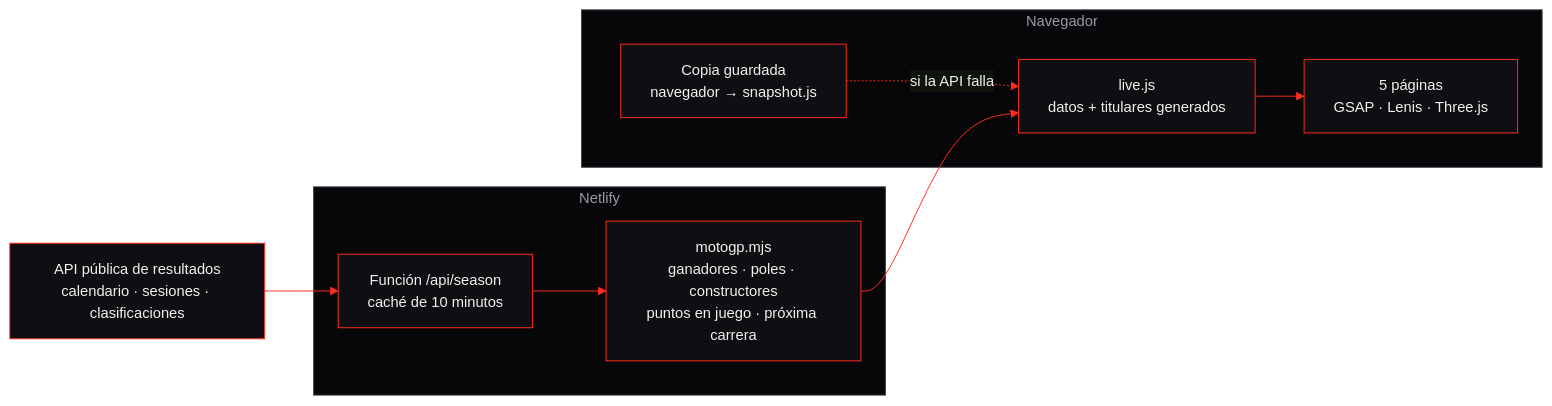
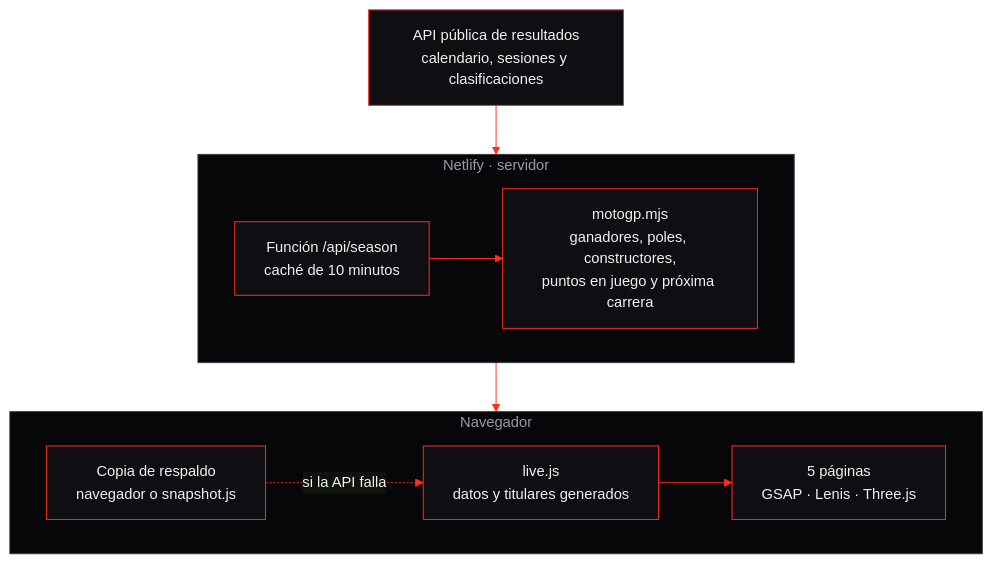
One commit to cristian-corroto/redline-26 changed the diagram in README.md. Above: the diagram before and after it, drawn with Mermaid.

Commit message:
README: diagrama vertical e insignias

````diff
--- a/README.md
+++ b/README.md
@@ -71,17 +71,18 @@
 ```mermaid
 %%{init: {"theme": "base", "themeVariables": {"primaryColor": "#0E0E13", "primaryTextColor": "#F4F1EC", "primaryBorderColor": "#FF2D1F", "lineColor": "#FF2D1F", "clusterBkg": "#07070A", "clusterBorder": "#3A3A44", "titleColor": "#9A9AA6", "fontSize": "15px"}}}%%
-flowchart LR
-    API["API pública de resultados<br/>calendario · sesiones · clasificaciones"]
+flowchart TB
+    API["API pública de resultados<br/>calendario, sesiones y clasificaciones"]
 
-    subgraph Netlify["Netlify"]
-        Fn["Función /api/season<br/>caché de 10 minutos"] --> Calc["motogp.mjs<br/>ganadores · poles · constructores<br/>puntos en juego · próxima carrera"]
+    subgraph Netlify["Netlify · servidor"]
+        direction LR
+        Fn["Función /api/season<br/>caché de 10 minutos"] --> Calc["motogp.mjs<br/>ganadores, poles, constructores,<br/>puntos en juego y próxima carrera"]
     end
 
     subgraph Web["Navegador"]
-        Live["live.js<br/>datos + titulares generados"] --> Pages["5 páginas<br/>GSAP · Lenis · Three.js"]
-        Copia["Copia guardada<br/>navegador → snapshot.js"] -.->|si la API falla| Live
+        direction LR
+        Copia["Copia de respaldo<br/>navegador o snapshot.js"] -.->|si la API falla| Live["live.js<br/>datos y titulares generados"] --> Pages["5 páginas<br/>GSAP · Lenis · Three.js"]
     end
 
     API --> Fn
     Calc --> Live
 ```
````
